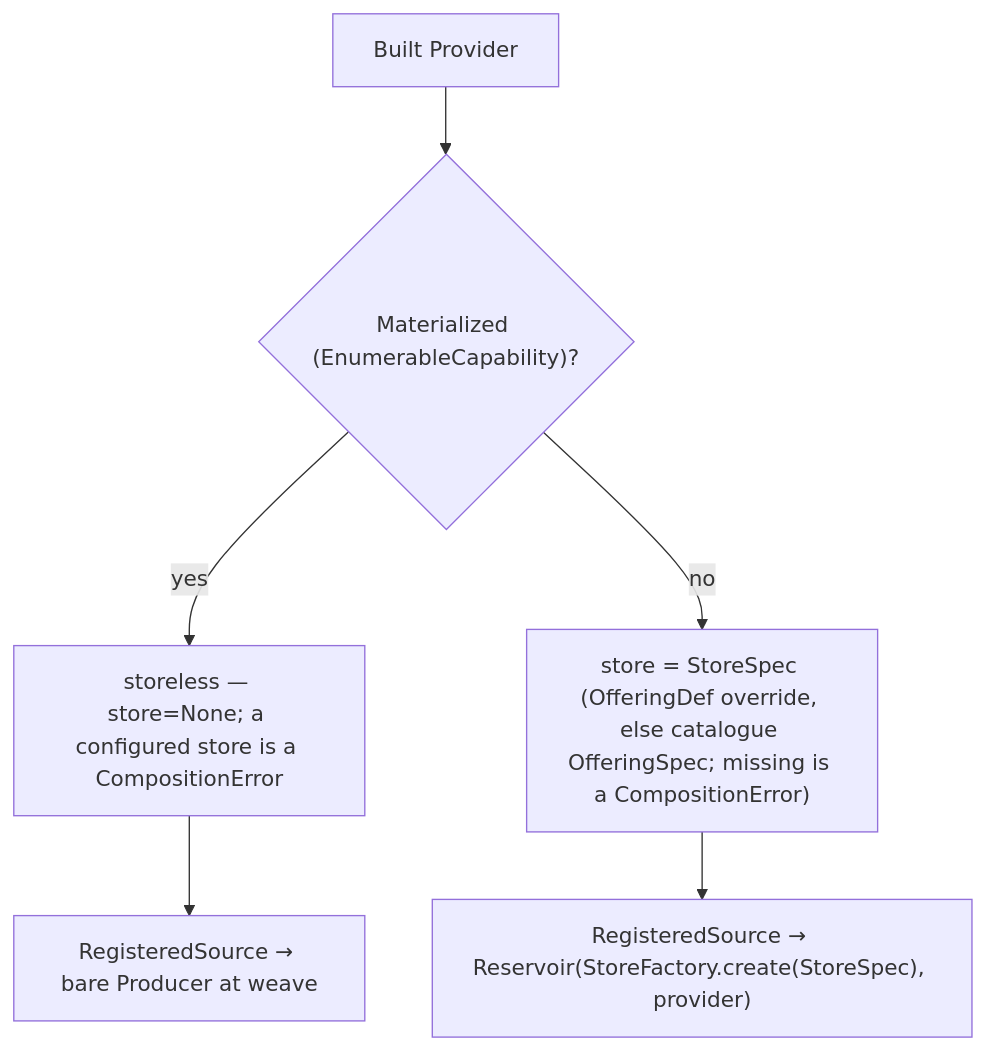
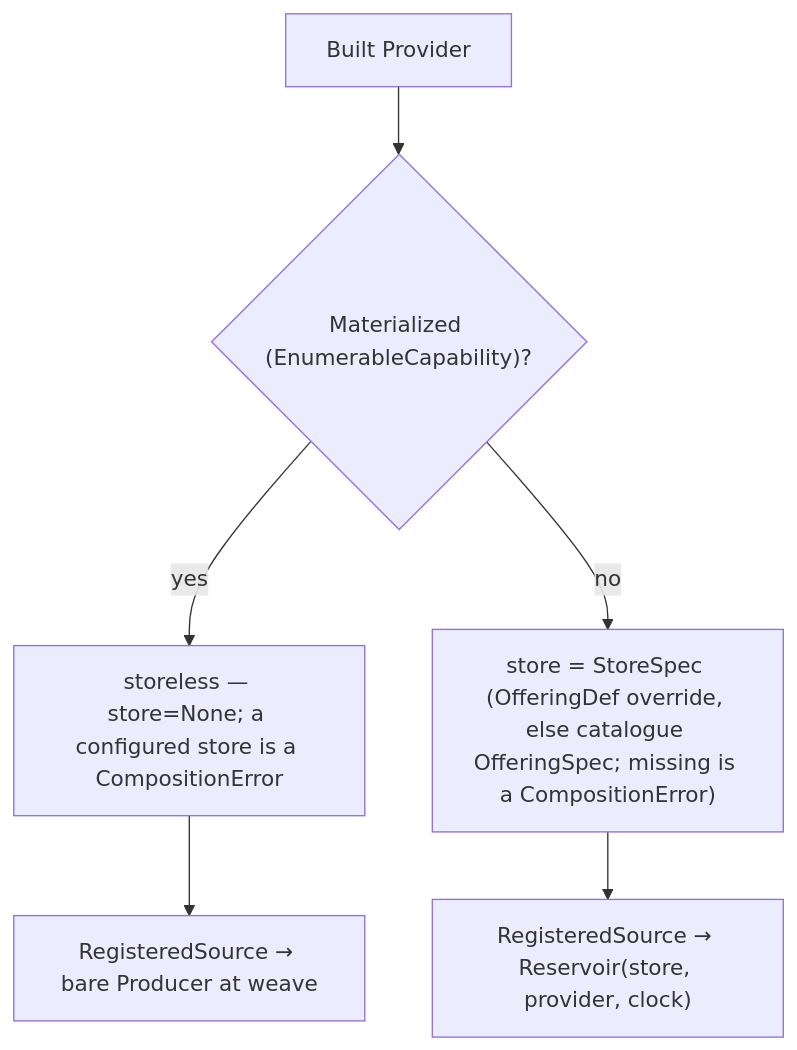
Before and after one commit to dveyarangi/meteoscape: the fourth of 4 diagrams in docs/adr/0005-build-time-composition.md, drawn with Mermaid. The commit also changed other lines of this file and 39 other files, not shown here.

````diff
--- a/docs/adr/0005-build-time-composition.md
+++ b/docs/adr/0005-build-time-composition.md
@@ -74,8 +74,8 @@
 ```mermaid
 flowchart TD
   P[Built Provider] --> C{"Materialized (EnumerableCapability)?"}
   C -->|yes| N["storeless — store=None; a configured store is a CompositionError"]
   C -->|no| G["store = StoreSpec (OfferingDef override, else catalogue OfferingSpec; missing is a CompositionError)"]
   N --> S["RegisteredSource → bare Producer at weave"]
-  G --> S2["RegisteredSource → Reservoir(StoreFactory.create(StoreSpec), provider)"]
+  G --> S2["RegisteredSource → Reservoir(store, provider, clock)"]
 ```
````
